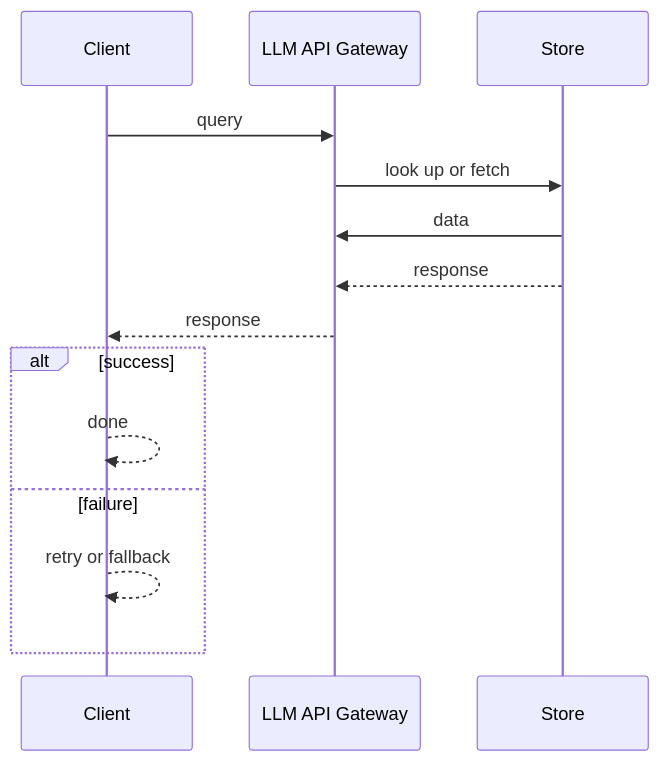
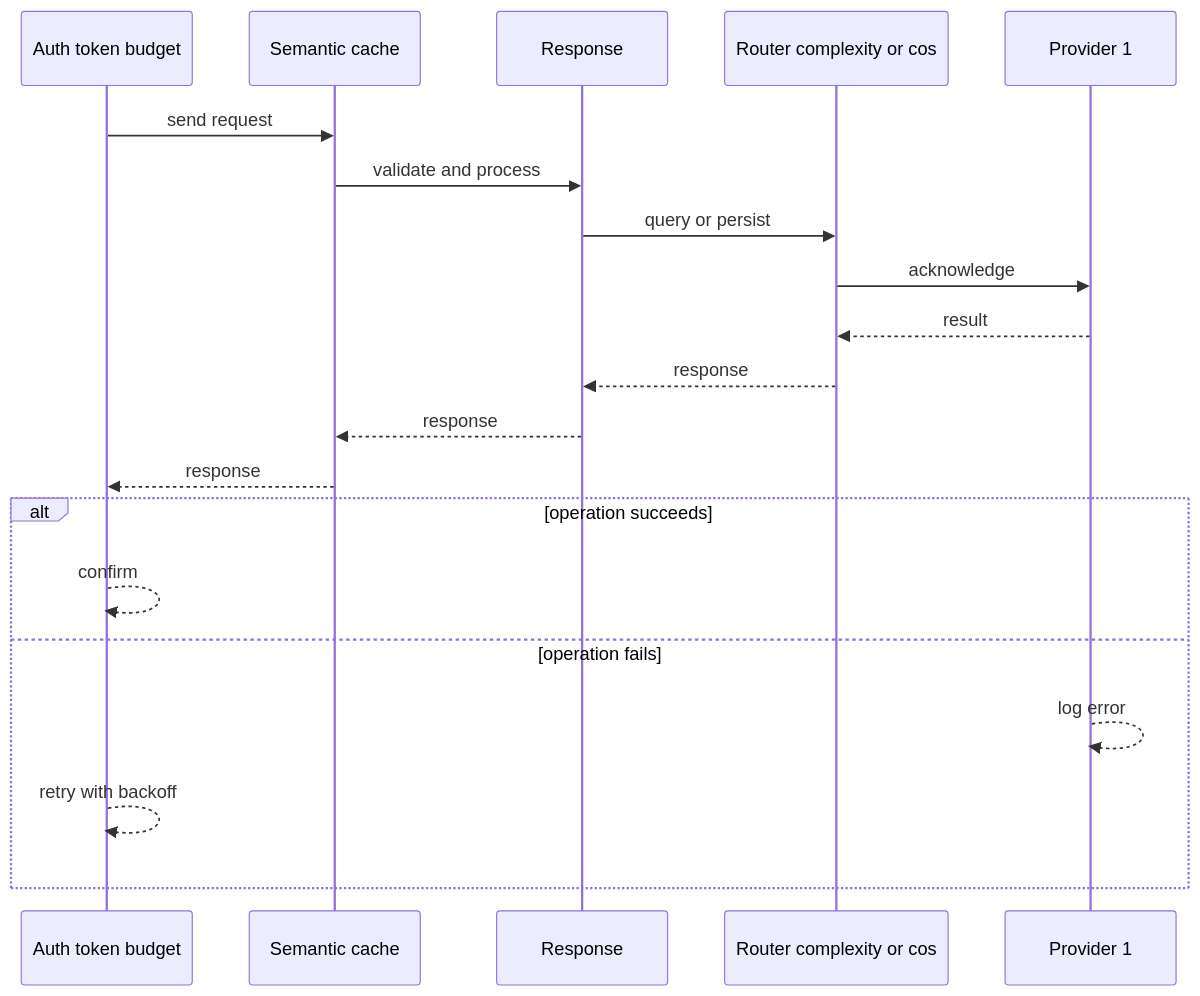
Before and after one commit to RIT-MESH/system-design-mastery: the second of 4 diagrams in case-studies/ai-systems/llm-api-gateway.md, drawn with Mermaid. The commit also changed other lines of this file and 64 other files, not shown here.

````diff
--- a/case-studies/ai-systems/llm-api-gateway.md
+++ b/case-studies/ai-systems/llm-api-gateway.md
@@ -87,17 +74,23 @@
 ```mermaid
 %% created-for: system-design-mastery
 sequenceDiagram
-  participant P0 as Client
-  participant P1 as LLM API Gateway
-  participant P2 as Store
-  P0 ->> P1: query
-  P1 ->> P2: look up or fetch
-  P2 ->> P1: data
-  P2 -->> P1: response
-  P1 -->> P0: response
-  alt success
-    P0 -->> P0: done
-  else failure
-    P0 -->> P0: retry or fallback
+  participant C0 as Auth token budget
+  participant C1 as Semantic cache
+  participant C2 as Response
+  participant C3 as Router complexity or cos
+  participant C4 as Provider 1
+  C0 ->> C1: send request
+  C1 ->> C2: validate and process
+  C2 ->> C3: query or persist
+  C3 ->> C4: acknowledge
+  C4 -->> C3: result
+  C3 -->> C2: response
+  C2 -->> C1: response
+  C1 -->> C0: response
+  alt operation succeeds
+    C0 -->> C0: confirm
+  else operation fails
+    C4 -->> C4: log error
+    C0 -->> C0: retry with backoff
   end
 ```
````
